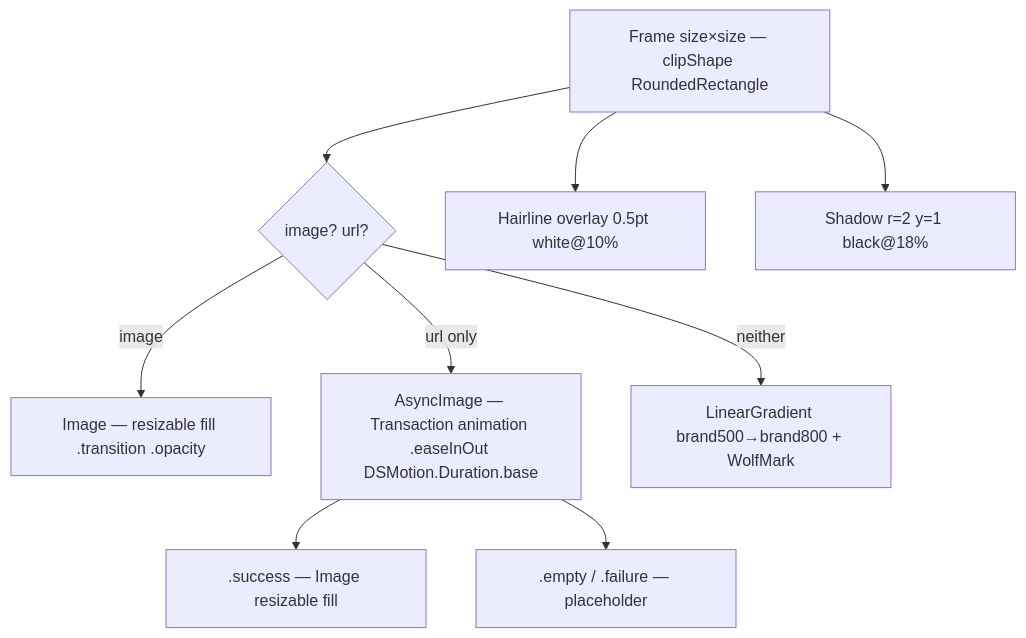
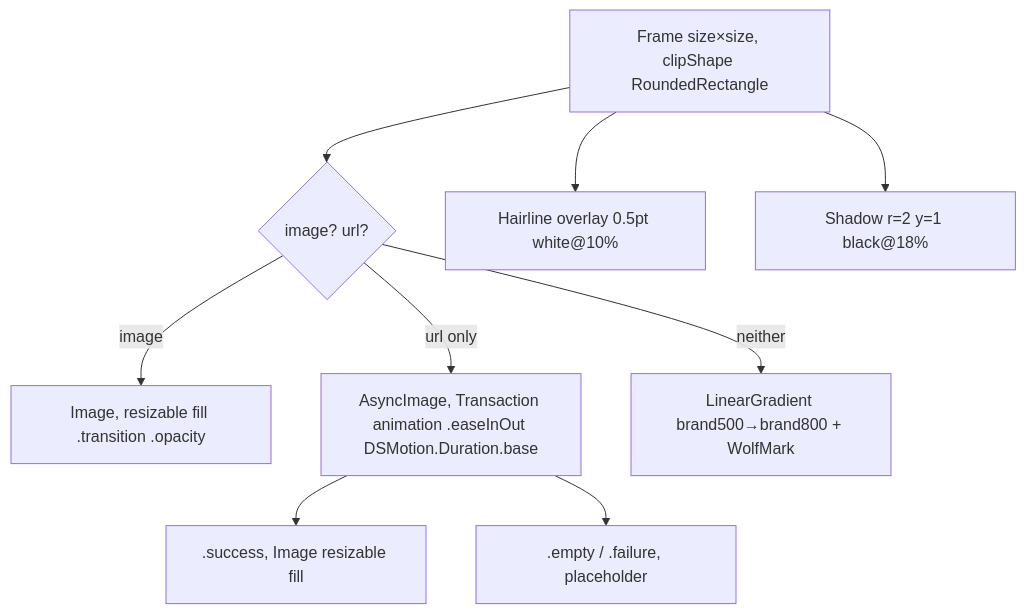
Before and after one commit to MrDemonWolf/WolfWave: the diagram in design-system/components/album-art-view.md, drawn with Mermaid. The commit also changed other lines of this file and 152 other files, not shown here.

````diff
--- a/design-system/components/album-art-view.md
+++ b/design-system/components/album-art-view.md
@@ -46,11 +46,11 @@
 ```mermaid
 graph TB
-  Tile[Frame size×size — clipShape RoundedRectangle] --> Pick{image? url?}
-  Pick -->|image| Img[Image — resizable fill .transition .opacity]
-  Pick -->|url only| Async[AsyncImage — Transaction animation .easeInOut DSMotion.Duration.base]
-  Async --> Success[.success — Image resizable fill]
-  Async --> EmptyFail[.empty / .failure — placeholder]
+  Tile[Frame size×size, clipShape RoundedRectangle] --> Pick{image? url?}
+  Pick -->|image| Img[Image, resizable fill .transition .opacity]
+  Pick -->|url only| Async[AsyncImage, Transaction animation .easeInOut DSMotion.Duration.base]
+  Async --> Success[.success, Image resizable fill]
+  Async --> EmptyFail[.empty / .failure, placeholder]
   Pick -->|neither| Placeholder[LinearGradient brand500→brand800 + WolfMark]
   Tile --> Stroke[Hairline overlay 0.5pt white@10%]
   Tile --> Shadow[Shadow r=2 y=1 black@18%]
 ```
````
